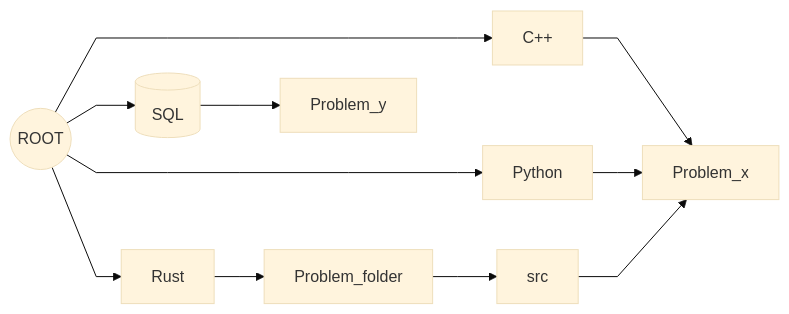
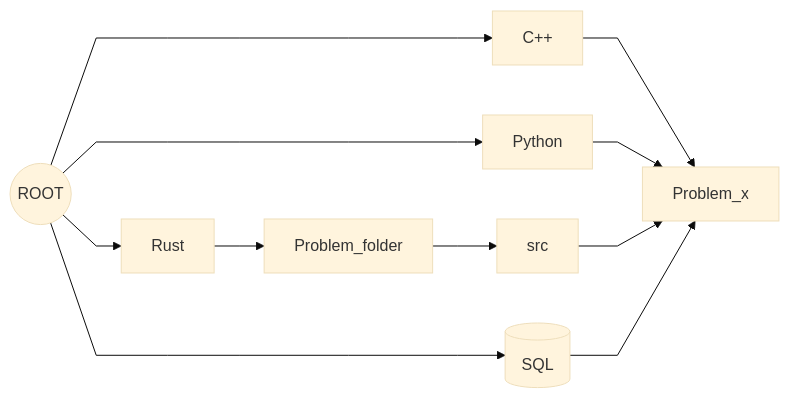
One commit to kizzandev/LeetCode changed the first of 4 diagrams in README.md. Above: the diagram before and after it, drawn with Mermaid (base theme). The commit also changed other lines of this file, not shown here.

````diff
--- a/README.md
+++ b/README.md
@@ -18,15 +19,15 @@
 ```mermaid
 %%{init: {'flowchart' : {'curve' : 'linear'}}}%%
 graph LR;
     ROOT((ROOT))
     ROOT-->C++
     ROOT-->Python
     ROOT-->Rust
     ROOT-->SQL[("&nbsp;&nbsp;SQL&nbsp;&nbsp;")]
     C++-->Problem_x
     Python-->Problem_x
     Rust-->Problem_folder
     Problem_folder-->src
     src-->Problem_x
-    SQL-->Problem_y
+    SQL-->Problem_x
 ```
````
